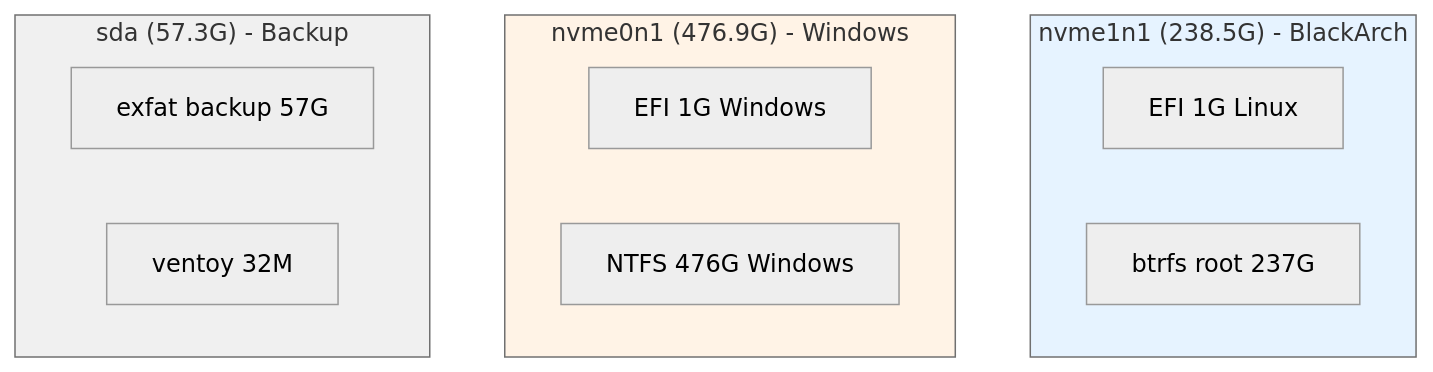
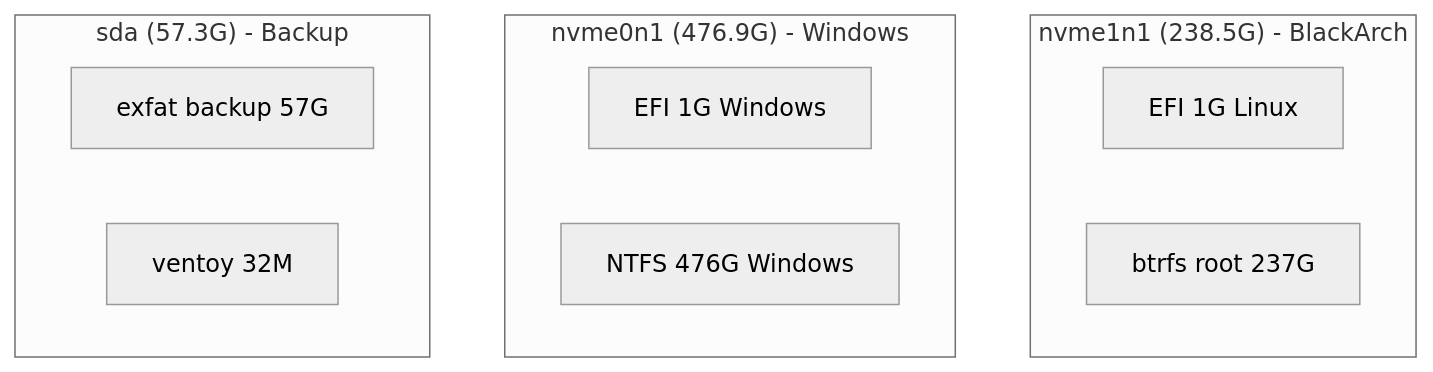
One commit to 444Nazky/My-Vault changed the fourth of 11 diagrams in System/Fixes/Visual-Guides.md. Above: the diagram before and after it, drawn with Mermaid (neutral theme). The commit also changed other lines of this file and 36 other files, not shown here.

````diff
--- a/System/Fixes/Visual-Guides.md
+++ b/System/Fixes/Visual-Guides.md
@@ -91,21 +90,19 @@
 ```mermaid
 graph TB
     subgraph nvme1n1["nvme1n1 (238.5G) - BlackArch"]
         A1["EFI 1G Linux"]
         A2["btrfs root 237G"]
     end
 
     subgraph nvme0n1["nvme0n1 (476.9G) - Windows"]
         B1["EFI 1G Windows"]
         B2["NTFS 476G Windows"]
     end
 
     subgraph sda["sda (57.3G) - Backup"]
         C1["exfat backup 57G"]
         C2["ventoy 32M"]
     end
 
-    style nvme1n1 fill:#e6f3ff
-    style nvme0n1 fill:#fff3e6
-    style sda fill:#f0f0f0
+
 ```
````
